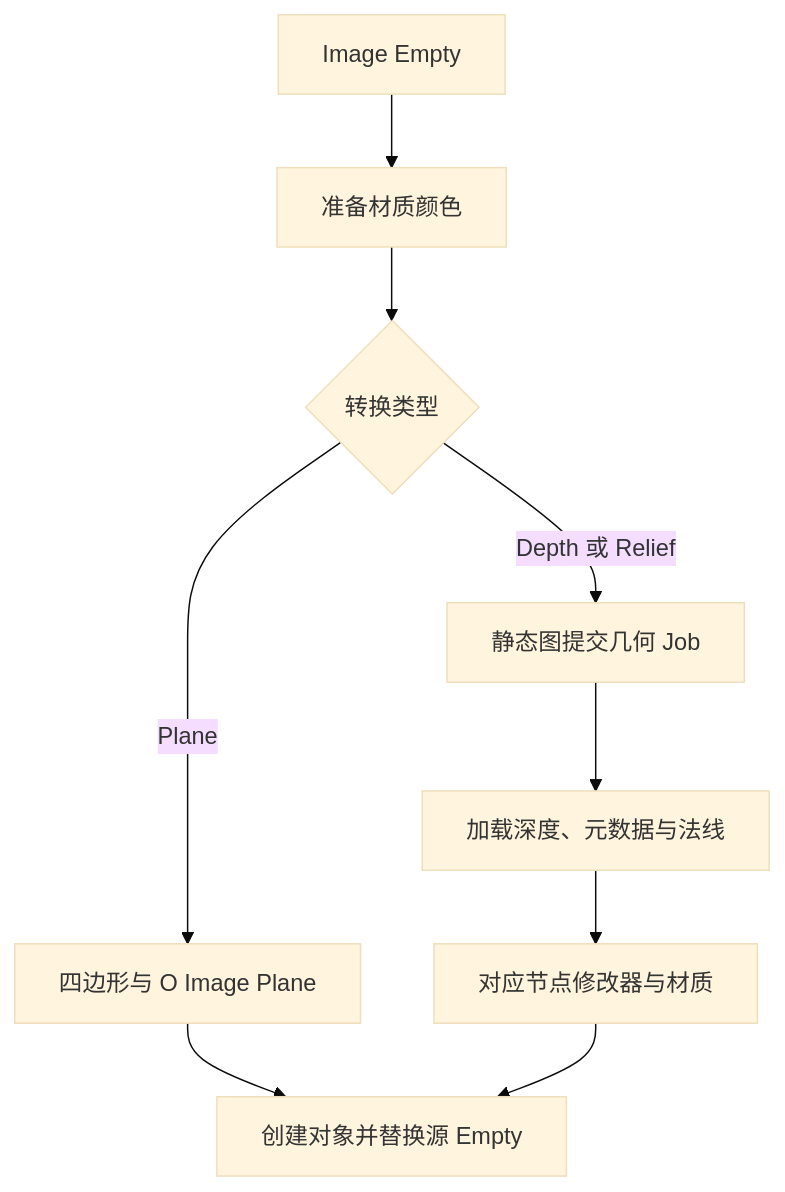
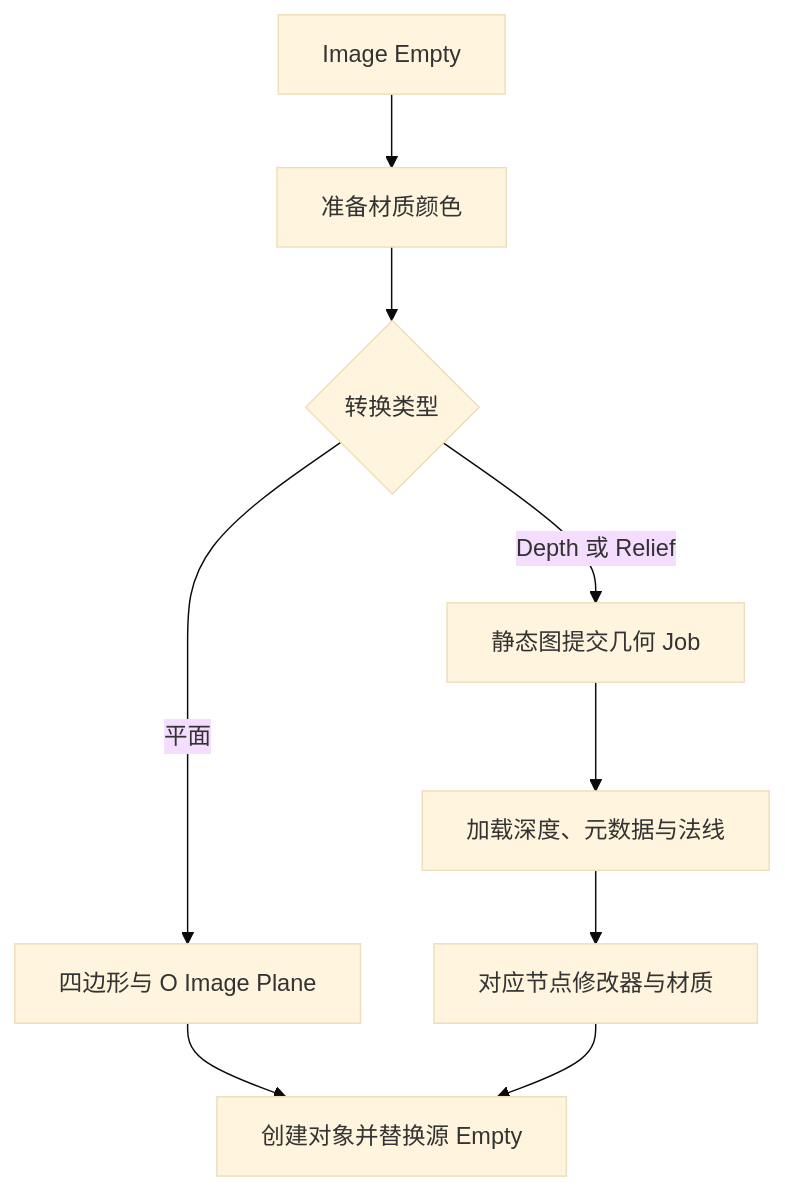
One commit to OmooLab/AnyImage changed the diagram in docs/develop/operators/convert-to-plane.md. Above: the diagram before and after it, drawn with Mermaid (base theme). The commit also changed other lines of this file and 56 other files, not shown here.

````diff
--- a/docs/develop/operators/convert-to-plane.md
+++ b/docs/develop/operators/convert-to-plane.md
@@ -5,11 +5,11 @@
 ```mermaid
 flowchart TD
     A[Image Empty] --> B[准备材质颜色]
     B --> C{转换类型}
-    C -- Plane --> D[四边形与 O Image Plane]
+    C -- 平面 --> D[四边形与 O Image Plane]
     C -- Depth 或 Relief --> E[静态图提交几何 Job]
     E --> F[加载深度、元数据与法线]
     F --> G[对应节点修改器与材质]
     D --> H[创建对象并替换源 Empty]
     G --> H
 ```
````
